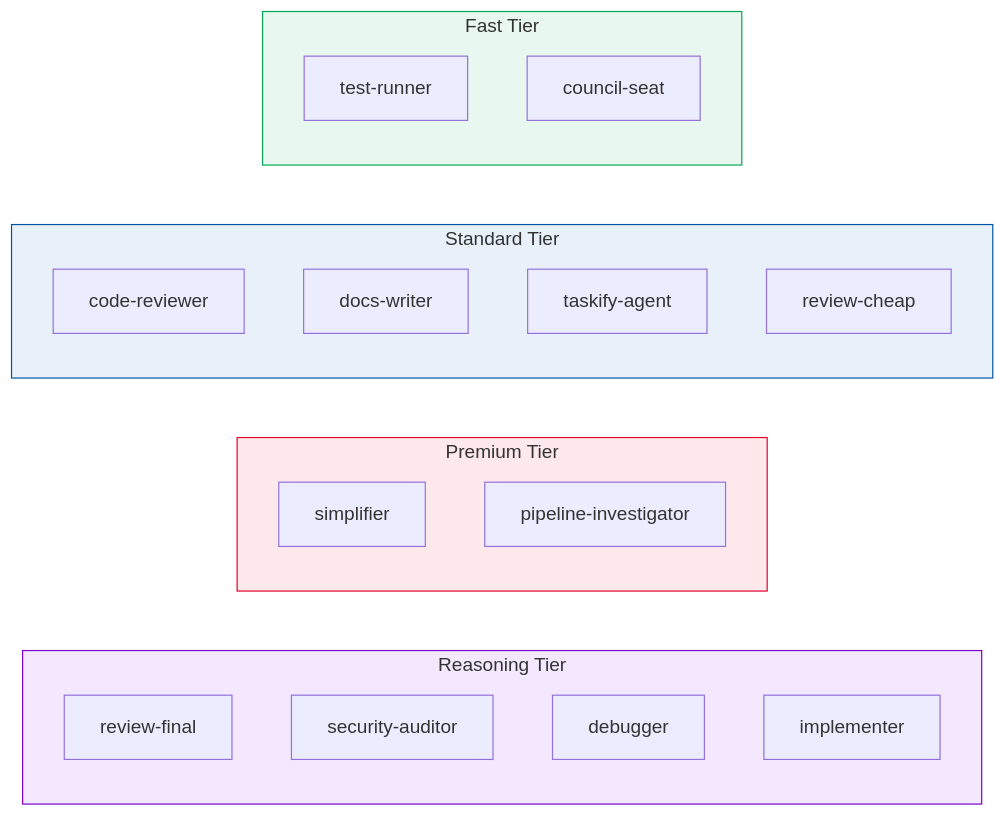
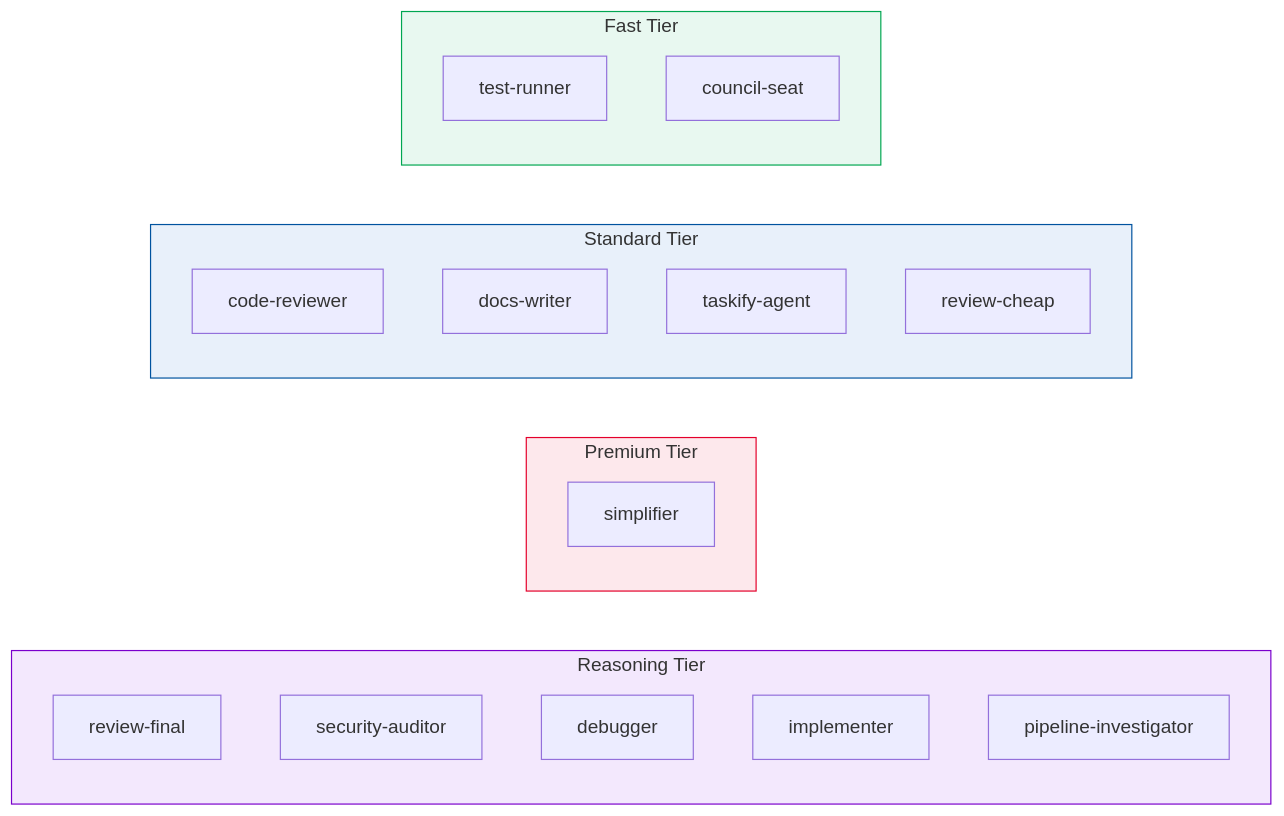
One commit to sean8601/mockserver-monorepo changed the second of 7 diagrams in docs/operations/opencode-configuration.md. Above: the diagram before and after it, drawn with Mermaid. The commit also changed other lines of this file and 6 other files, not shown here.

````diff
--- a/docs/operations/opencode-configuration.md
+++ b/docs/operations/opencode-configuration.md
@@ -150,31 +150,31 @@
 ```mermaid
 flowchart LR
     subgraph Reasoning["Reasoning Tier"]
         RF["review-final"]
         SA["security-auditor"]
         DB["debugger"]
         IMP["implementer"]
+        PI["pipeline-investigator"]
     end
 
     subgraph Premium["Premium Tier"]
         SIM["simplifier"]
-        PI["pipeline-investigator"]
     end
 
     subgraph Standard["Standard Tier"]
         CR["code-reviewer"]
         DW["docs-writer"]
         TA["taskify-agent"]
         RC["review-cheap"]
     end
 
     subgraph Fast["Fast Tier"]
         TR["test-runner"]
         CS["council-seat"]
     end
 
     style Reasoning fill:#f3e8fd,stroke:#7a00cc
     style Premium fill:#fde8ec,stroke:#e4002b
     style Standard fill:#e8f0fa,stroke:#00539f
     style Fast fill:#e8f8f0,stroke:#00a651
 ```
````
